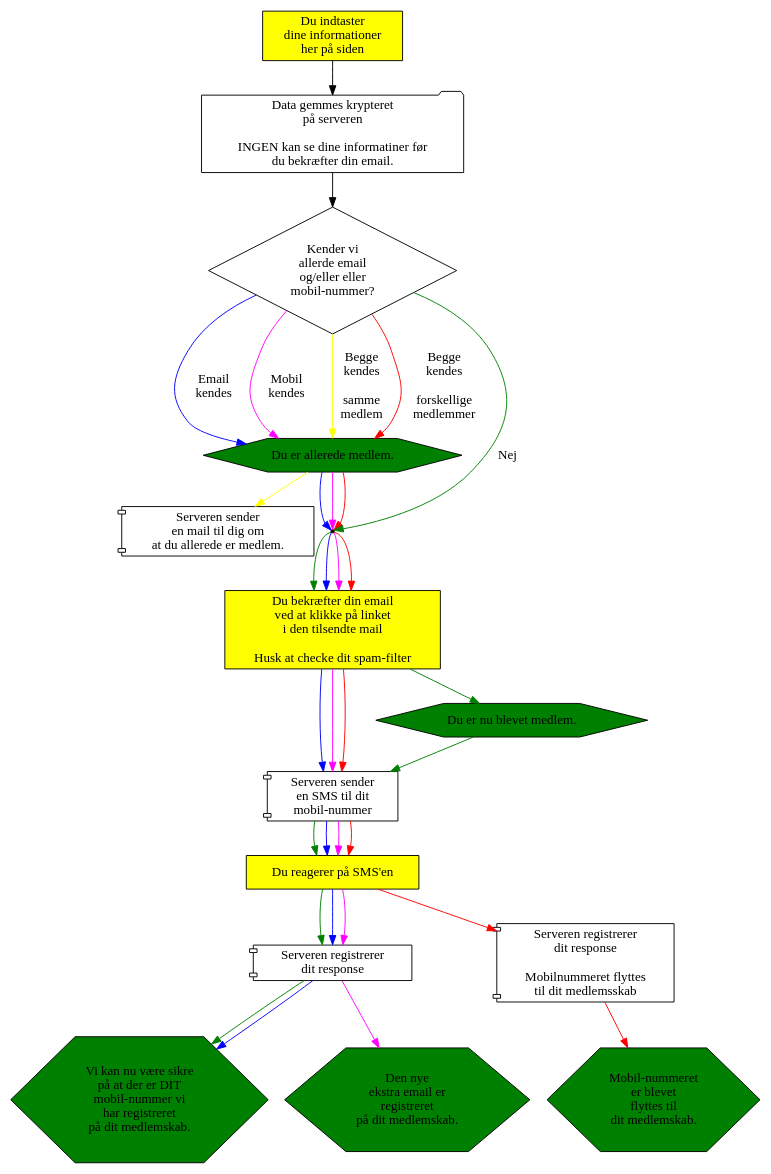
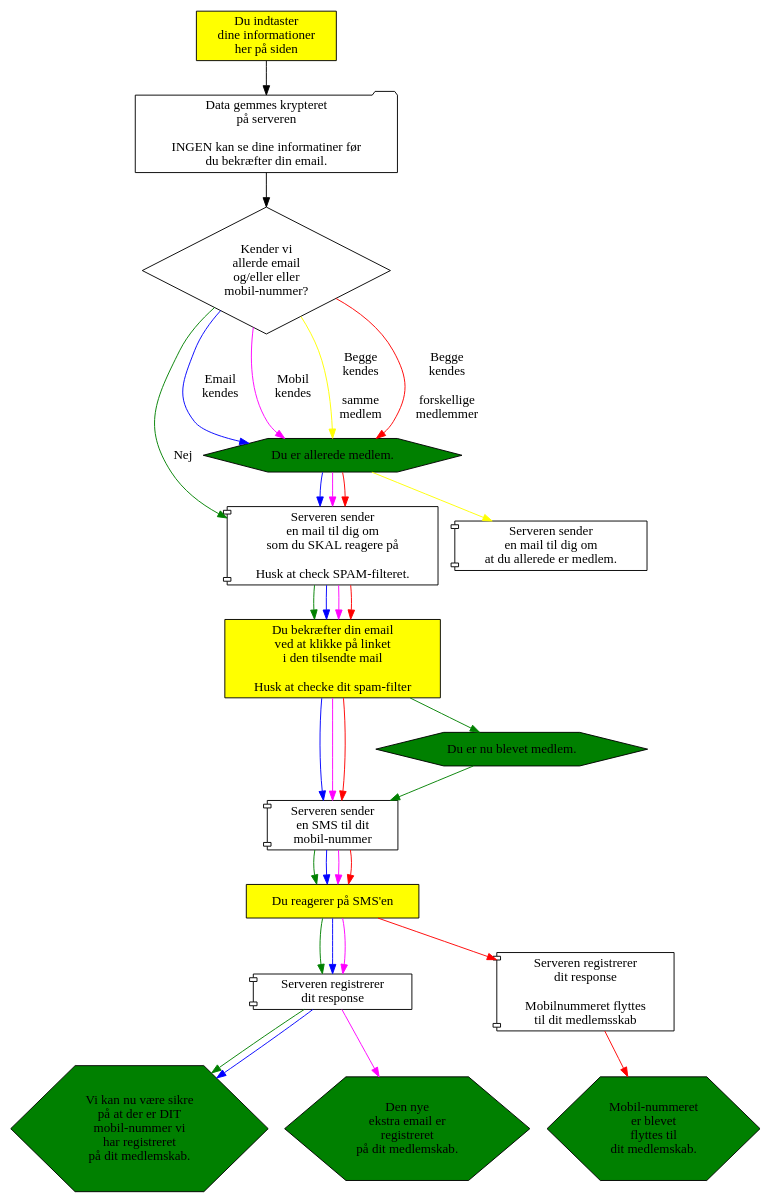
The diagram in medlemskab/indmeldelse.dot (alslug/alslug.dk), drawn with Graphviz before and after one commit.

```diff
--- a/medlemskab/indmeldelse.dot
+++ b/medlemskab/indmeldelse.dot
@@ -1,57 +1,58 @@
 digraph indmeldelse {
   { # Dine handlinger
     node [ shape=box style=filled fillcolor=yellow ];
     indtast         [label="Du indtaster\ndine informationer\nher på siden"];
     confirm_email   [label="Du bekræfter din email\nved at klikke på linket\ni den tilsendte mail\n\nHusk at checke dit spam-filter"];
     confirm_sms     [label="Du reagerer på SMS'en"];
   }
   send_tilmelding        [shape=folder label="Data gemmes krypteret \n på serveren \n \n INGEN kan se dine informatiner før \n du bekræfter din email."];
   { # Server-aktiviteter
     node [shape=component];
     server_sender_allerede_medlem [label="Serveren sender \n en mail til dig om \n at du allerede er medlem."];
+    server_sender_email           [label="Serveren sender \n en mail til dig om \n som du SKAL reagere på \n\n Husk at check SPAM-filteret."];
     server_sender_sms             [label="Serveren sender \n en SMS til dit \n mobil-nummer"];
     sms_confirmed                 [label="Serveren registrerer \n dit response"];
     sms_move_confirmed            [label="Serveren registrerer \n dit response \n\n Mobilnummeret flyttes \n til dit medlemsskab"];
   }
   { # Results
     node [shape=hexagon   style=filled fillcolor=green ];
     du_biver_medlem        [label="Du er nu blevet medlem."];
     allerede_medlem        [label="Du er allerede medlem."];
     mobile_ok              [label="Vi kan nu være sikre \n på at der er DIT \n mobil-nummer vi \n har registreret \n på dit medlemskab."]; 
     email_added            [label="Den nye \n ekstra email er \n registreret \n på dit medlemskab." ];
     mobile_moved           [label="Mobil-nummeret \n er blevet \n flyttes til \n dit medlemskab." ];
 }
   { # Valg
     node [shape=diamond];
     findes_allerede        [label="Kender vi \n allerde email \n og/eller eller \n mobil-nummer?"];
   }
 
   node [shape=point];
 
   indtast -> send_tilmelding -> findes_allerede;
   {
     edge [color=green];
                       findes_allerede ->                    server_sender_email [label="Nej"];
                                                             server_sender_email -> confirm_email -> du_biver_medlem -> server_sender_sms -> confirm_sms -> sms_confirmed  -> mobile_ok;
   }
   {
     edge [color=blue];
                       findes_allerede -> allerede_medlem                        [label="Email \n kendes"];
                                          allerede_medlem -> server_sender_email -> confirm_email ->                    server_sender_sms -> confirm_sms -> sms_confirmed -> mobile_ok;
   }
   {
     edge [color=magenta];
                       findes_allerede -> allerede_medlem                        [label="Mobil \n kendes"];
                                          allerede_medlem -> server_sender_email -> confirm_email ->                    server_sender_sms -> confirm_sms -> sms_confirmed -> email_added;
   }
   {
     edge [color=yellow];
                       findes_allerede -> allerede_medlem                        [label="Begge \n kendes \n\n samme \n medlem"];
                                          allerede_medlem -> server_sender_allerede_medlem;
   }
   {
     edge [color=red];
                       findes_allerede -> allerede_medlem                        [label="Begge \n kendes \n\n forskellige \n medlemmer"];
                                          allerede_medlem -> server_sender_email -> confirm_email ->                    server_sender_sms -> confirm_sms -> sms_move_confirmed -> mobile_moved;
   }
 }
```
